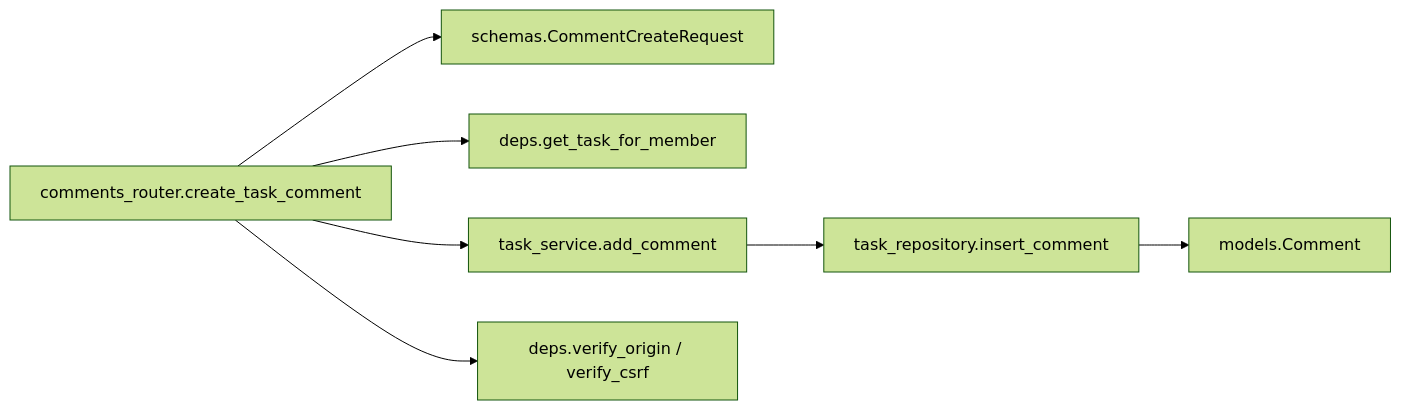
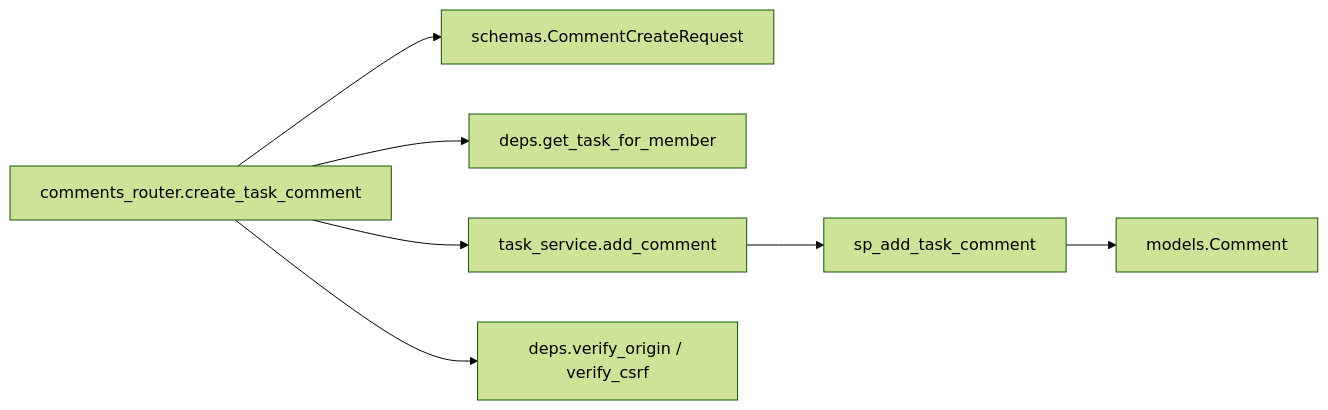
The third of 4 diagrams in detailed_design/api/tasks/07_post_task_comments.md (oikawa-d/task_management), drawn with Mermaid (forest theme) before and after one commit. The commit also changed other lines of this file and 58 other files, not shown here.

````diff
--- a/detailed_design/api/tasks/07_post_task_comments.md
+++ b/detailed_design/api/tasks/07_post_task_comments.md
@@ -198,9 +198,9 @@
 ```mermaid
 flowchart LR
     R["comments_router.create_task_comment"] --> Sch["schemas.CommentCreateRequest"]
     R --> D["deps.get_task_for_member"]
     R --> S["task_service.add_comment"]
-    S --> TR["task_repository.insert_comment"]
+    S --> TR["sp_add_task_comment"]
     TR --> M["models.Comment"]
     R --> V["deps.verify_origin / verify_csrf"]
 ```
````
